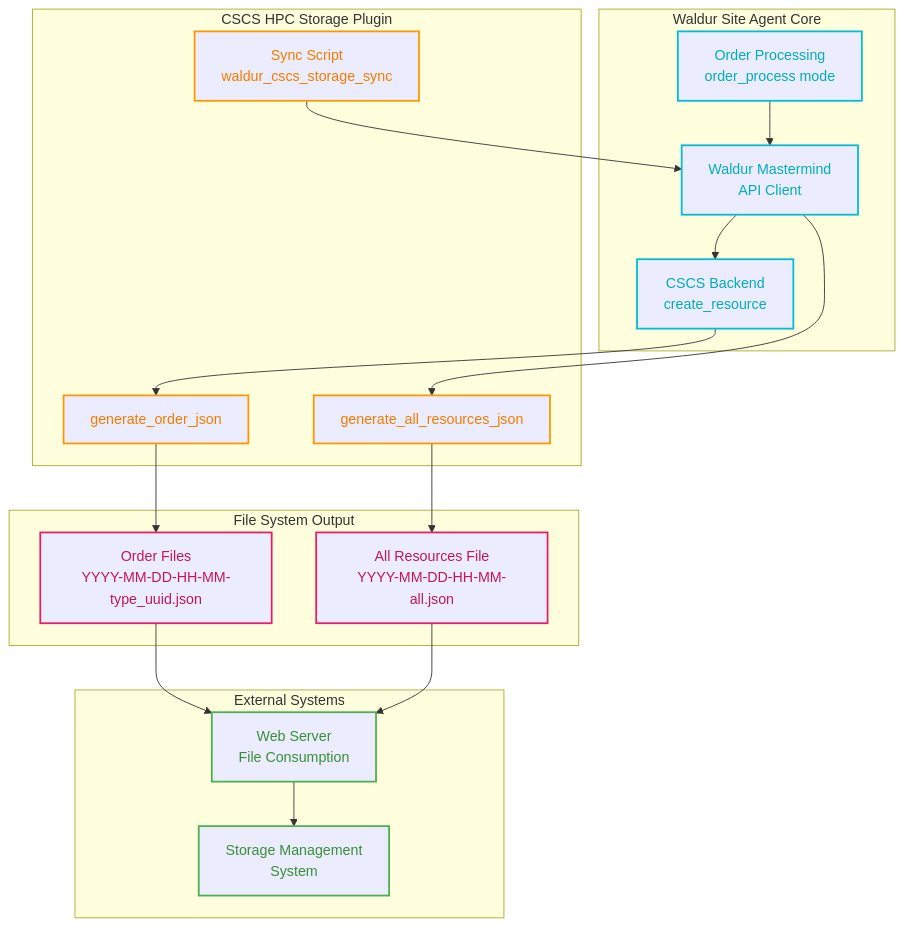
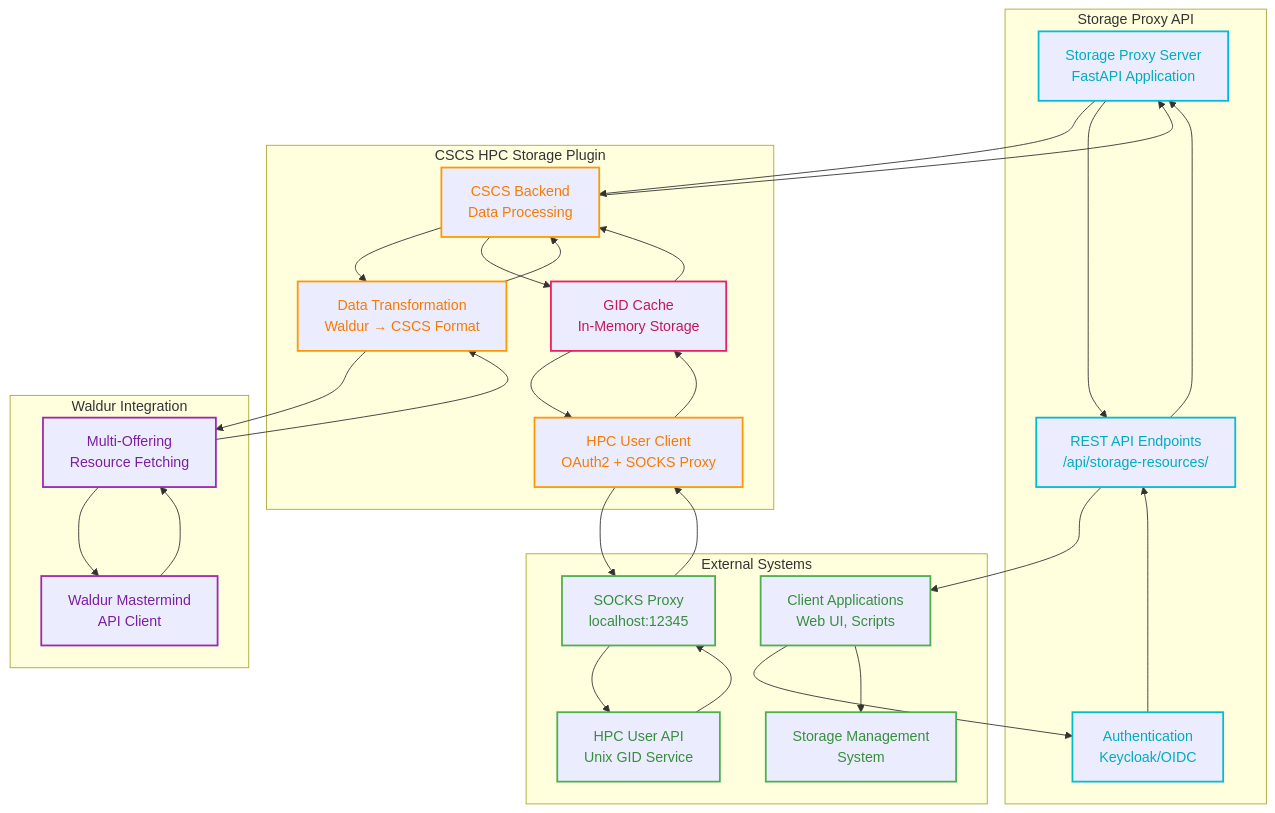
The diagram in plugins/cscs-hpc-storage/README.md (waldur/waldur-site-agent), drawn with Mermaid before and after one commit. The commit also changed other lines of this file and 14 other files, not shown here.

Commit message:
Move storage proxy to multioffering

````diff
--- a/plugins/cscs-hpc-storage/README.md
+++ b/plugins/cscs-hpc-storage/README.md
@@ -52,51 +95,70 @@
 ```mermaid
 graph TD
-    subgraph "Waldur Site Agent Core"
-        OA[Order Processing<br/>order_process mode]
-        WM[Waldur Mastermind<br/>API Client]
-        CSB[CSCS Backend<br/>create_resource]
+    subgraph "Storage Proxy API"
+        SP[Storage Proxy Server<br/>FastAPI Application]
+        API[REST API Endpoints<br/>/api/storage-resources/]
+        AUTH[Authentication<br/>Keycloak/OIDC]
     end
 
     subgraph "CSCS HPC Storage Plugin"
-        SS[Sync Script<br/>waldur_cscs_storage_sync]
-        GOR[generate_order_json]
-        GAR[generate_all_resources_json]
+        BACKEND[CSCS Backend<br/>Data Processing]
+        TRANSFORM[Data Transformation<br/>Waldur → CSCS Format]
+        CACHE[GID Cache<br/>In-Memory Storage]
+        HPCCLIENT[HPC User Client<br/>OAuth2 + SOCKS Proxy]
     end
 
-    subgraph "File System Output"
-        OF[Order Files<br/>YYYY-MM-DD-HH-MM-type_uuid.json]
-        AF[All Resources File<br/>YYYY-MM-DD-HH-MM-all.json]
+    subgraph "Waldur Integration"
+        WM[Waldur Mastermind<br/>API Client]
+        RESOURCES[Multi-Offering<br/>Resource Fetching]
     end
 
     subgraph "External Systems"
-        WS[Web Server<br/>File Consumption]
+        CLIENT[Client Applications<br/>Web UI, Scripts]
         SMS[Storage Management<br/>System]
+        HPCAPI[HPC User API<br/>Unix GID Service]
+        PROXY[SOCKS Proxy<br/>localhost:12345]
     end
 
-    %% Order Processing Flow
-    OA --> WM
-    WM --> CSB
-    CSB --> GOR
-    GOR --> OF
+    %% API Flow
+    CLIENT --> AUTH
+    AUTH --> API
+    API --> SP
+    SP --> BACKEND
+    BACKEND --> TRANSFORM
+    TRANSFORM --> RESOURCES
+    RESOURCES --> WM
 
-    %% Bulk Sync Flow
-    SS --> WM
-    WM --> GAR
-    GAR --> AF
+    %% HPC API Flow
+    BACKEND --> CACHE
+    CACHE --> HPCCLIENT
+    HPCCLIENT --> PROXY
+    PROXY --> HPCAPI
 
-    %% External Consumption
-    OF --> WS
-    AF --> WS
-    WS --> SMS
+    %% Response Flow
+    WM --> RESOURCES
+    RESOURCES --> TRANSFORM
+    HPCAPI --> PROXY
+    PROXY --> HPCCLIENT
+    HPCCLIENT --> CACHE
+    CACHE --> BACKEND
+    TRANSFORM --> BACKEND
+    BACKEND --> SP
+    SP --> API
+    API --> CLIENT
 
-    %% Theme-neutral styling with good contrast
-    classDef core stroke:#00bcd4,stroke-width:2px,color:#00acc1
+    %% External Integration
+    CLIENT --> SMS
+
+    %% Styling
+    classDef proxy stroke:#00bcd4,stroke-width:2px,color:#00acc1
     classDef plugin stroke:#ff9800,stroke-width:2px,color:#f57c00
-    classDef output stroke:#e91e63,stroke-width:2px,color:#c2185b
+    classDef waldur stroke:#9c27b0,stroke-width:2px,color:#7b1fa2
     classDef external stroke:#4caf50,stroke-width:2px,color:#388e3c
+    classDef cache stroke:#e91e63,stroke-width:2px,color:#c2185b
 
-    class OA,WM,CSB core
-    class SS,GOR,GAR plugin
-    class OF,AF output
-    class WS,SMS external
+    class SP,API,AUTH proxy
+    class BACKEND,TRANSFORM,HPCCLIENT plugin
+    class WM,RESOURCES waldur
+    class CLIENT,SMS,HPCAPI,PROXY external
+    class CACHE cache
 ```
````
